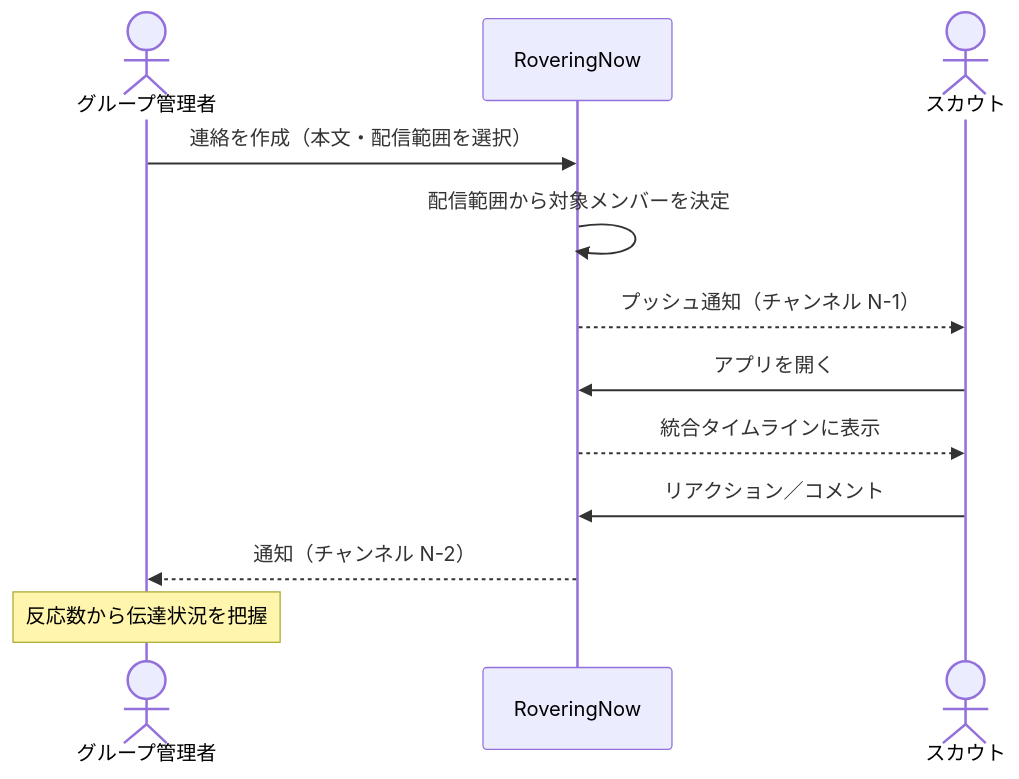
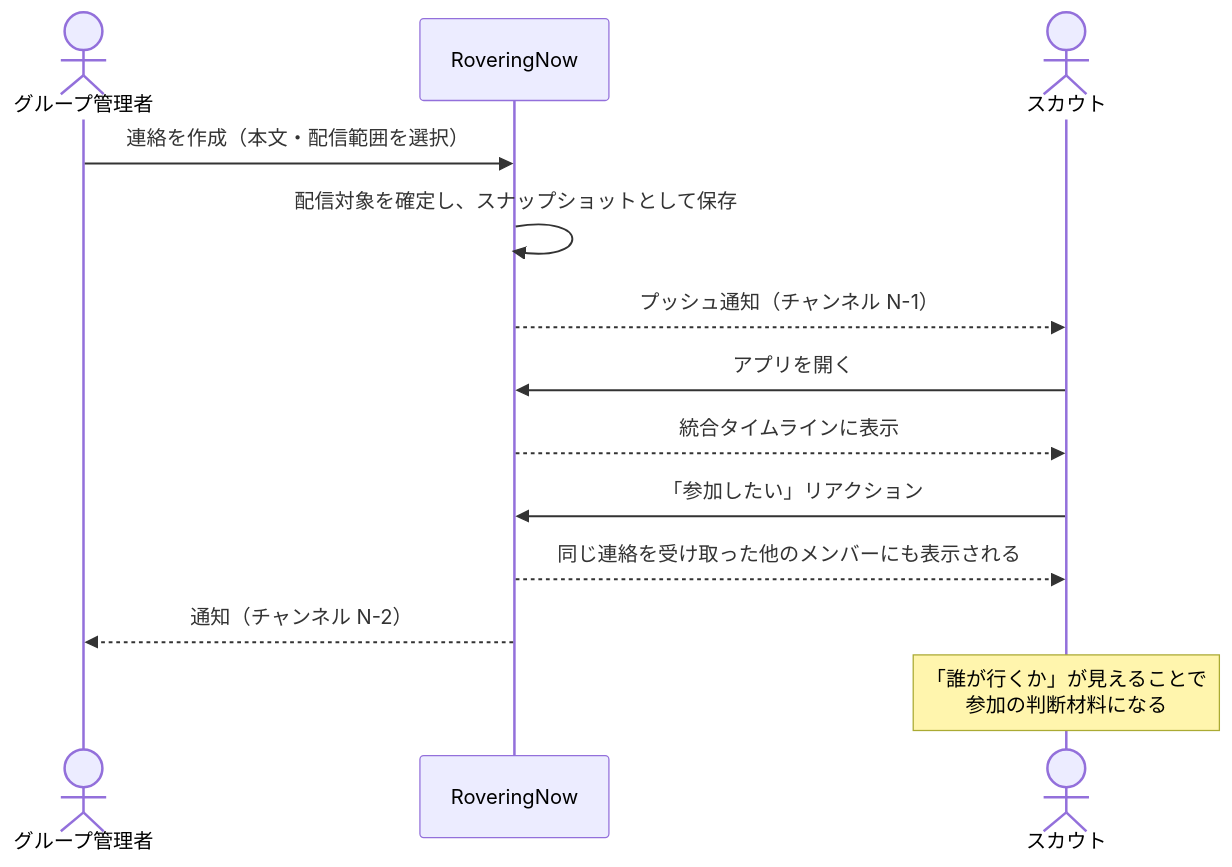
The third of 11 diagrams in docs/10_source/01_basic_design.md (GitHatake/RoveringNow), drawn with Mermaid before and after one commit. The commit also changed other lines of this file and 2 other files, not shown here.

````diff
--- a/docs/10_source/01_basic_design.md
+++ b/docs/10_source/01_basic_design.md
@@ -343,15 +387,16 @@
 ```mermaid
 sequenceDiagram
     actor Admin as グループ管理者
     participant App as RoveringNow
     actor Scout as スカウト
 
     Admin->>App: 連絡を作成（本文・配信範囲を選択）
-    App->>App: 配信範囲から対象メンバーを決定
+    App->>App: 配信対象を確定し、スナップショットとして保存
     App-->>Scout: プッシュ通知（チャンネル N-1）
     Scout->>App: アプリを開く
     App-->>Scout: 統合タイムラインに表示
-    Scout->>App: リアクション／コメント
+    Scout->>App: 「参加したい」リアクション
+    App-->>Scout: 同じ連絡を受け取った他のメンバーにも表示される
     App-->>Admin: 通知（チャンネル N-2）
-    Note over Admin: 反応数から伝達状況を把握
+    Note over Scout: 「誰が行くか」が見えることで<br/>参加の判断材料になる
 ```
````
